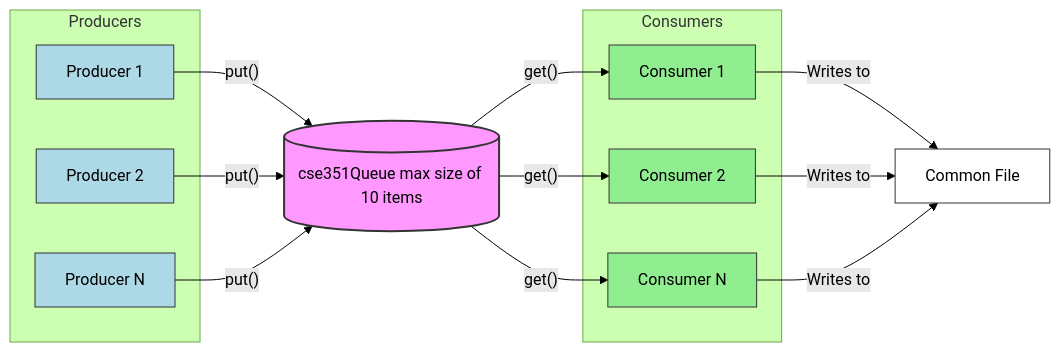
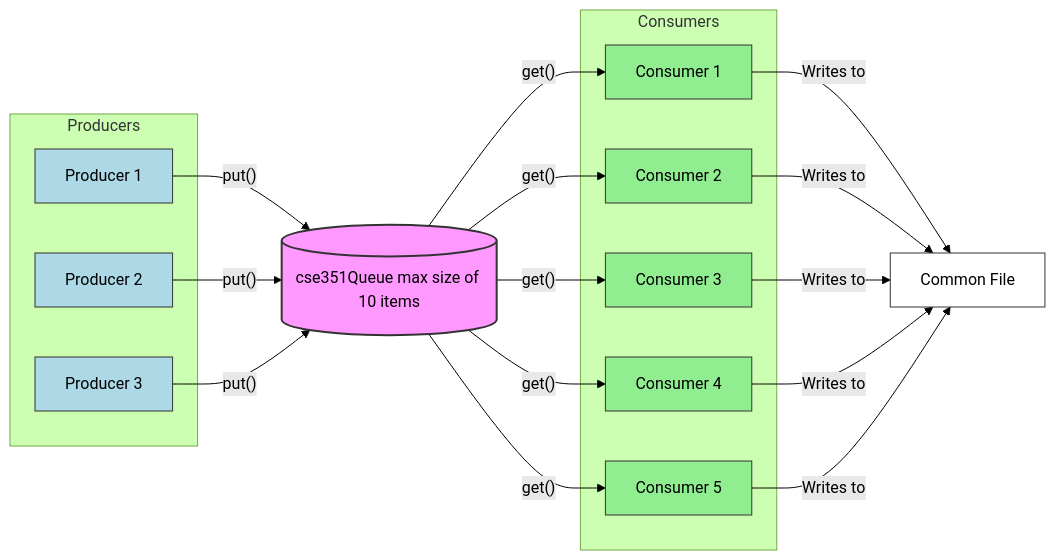
The diagram in lesson_04/canvas/team.md (byui-cse/cse351-student-version), drawn with Mermaid (forest theme) before and after one commit.

Commit message:
fixed diagram

````diff
--- a/lesson_04/canvas/team.md
+++ b/lesson_04/canvas/team.md
@@ -43,39 +43,47 @@
 ```mermaid
 graph LR
     subgraph Producers
         P1[Producer 1]
         P2[Producer 2]
-        P3[Producer N]
+        P3[Producer 3]
     end
 
     Q[(cse351Queue max size of 10 items)]
 
     subgraph Consumers
         C1[Consumer 1]
         C2[Consumer 2]
-        C3[Consumer N]
+        C3[Consumer 3]
+        C4[Consumer 4]
+        C5[Consumer 5]
     end
 
     F[Common File]
 
     P1 -- put() --> Q
     P2 -- put() --> Q
     P3 -- put() --> Q
 
     Q -- get() --> C1
     Q -- get() --> C2
     Q -- get() --> C3
+    Q -- get() --> C4
+    Q -- get() --> C5
 
     C1 -- Writes to --> F
     C2 -- Writes to --> F
     C3 -- Writes to --> F
+    C4 -- Writes to --> F
+    C5 -- Writes to --> F
 
     style P1 fill:#ADD8E6,stroke:#333,stroke-width:1px,color:#000
     style P2 fill:#ADD8E6,stroke:#333,stroke-width:1px,color:#000
     style P3 fill:#ADD8E6,stroke:#333,stroke-width:1px,color:#000
     style C1 fill:#90EE90,stroke:#333,stroke-width:1px,color:#000
     style C2 fill:#90EE90,stroke:#333,stroke-width:1px,color:#000
     style C3 fill:#90EE90,stroke:#333,stroke-width:1px,color:#000
+    style C4 fill:#90EE90,stroke:#333,stroke-width:1px,color:#000
+    style C5 fill:#90EE90,stroke:#333,stroke-width:1px,color:#000
     style Q fill:#f9f,stroke:#333,stroke-width:2px,color:#000
     style F fill:#fff,stroke:#333,stroke-width:1px,color:#000    
 ```
````
